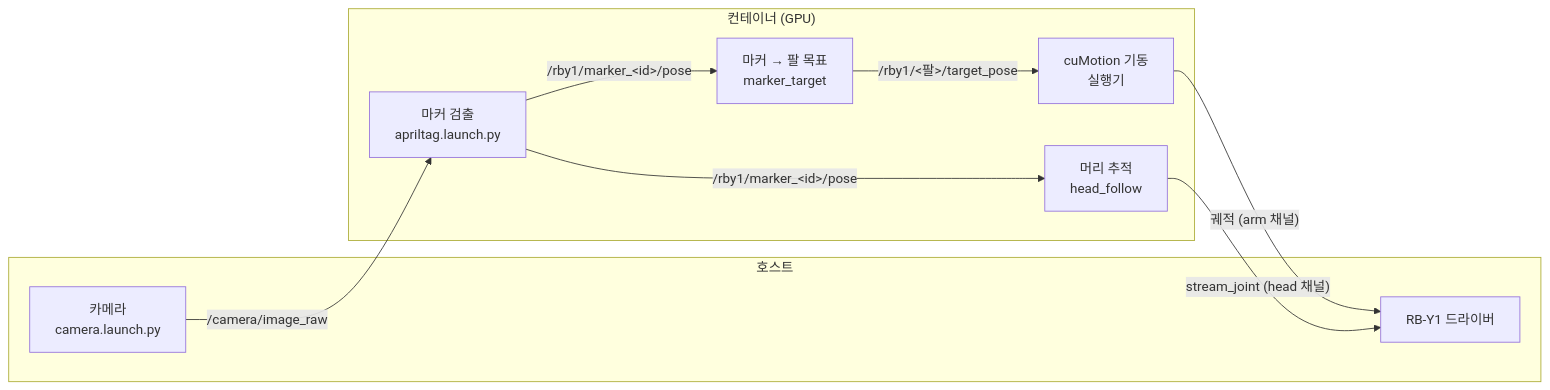
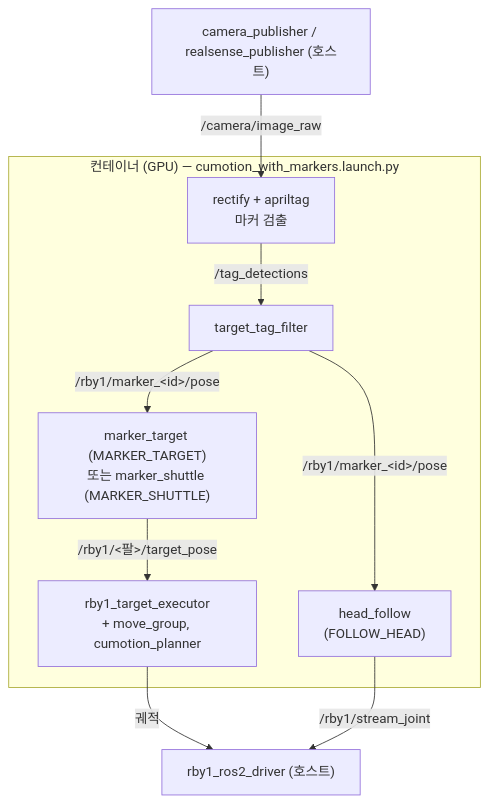
The second of 7 diagrams in docs/tutorial_cumotion.md (JeonSangMin-sw2/rby1_isaac_ros), drawn with Mermaid before and after one commit. The commit also changed other lines of this file and 16 other files, not shown here.

````diff
--- a/docs/tutorial_cumotion.md
+++ b/docs/tutorial_cumotion.md
@@ -587,19 +107,19 @@
 ```mermaid
-flowchart LR
-    subgraph host["호스트"]
-        camera["카메라<br/>camera.launch.py"]
-        driver["RB-Y1 드라이버"]
+flowchart TB
+    camera["camera_publisher / realsense_publisher (호스트)"]
+    subgraph container["컨테이너 (GPU) — cumotion_with_markers.launch.py"]
+        apriltag["rectify + apriltag<br/>마커 검출"]
+        filter["target_tag_filter"]
+        target["marker_target (MARKER_TARGET)<br/>또는 marker_shuttle (MARKER_SHUTTLE)"]
+        head["head_follow<br/>(FOLLOW_HEAD)"]
+        executor["rby1_target_executor<br/>+ move_group, cumotion_planner"]
     end
-    subgraph container["컨테이너 (GPU)"]
-        apriltag["마커 검출<br/>apriltag.launch.py"]
-        target["마커 → 팔 목표<br/>marker_target"]
-        head["머리 추적<br/>head_follow"]
-        cumotion["cuMotion 기동<br/>실행기"]
-    end
+    driver["rby1_ros2_driver (호스트)"]
     camera -->|"/camera/image_raw"| apriltag
-    apriltag -->|"/rby1/marker_&lt;id&gt;/pose"| target
-    apriltag -->|"/rby1/marker_&lt;id&gt;/pose"| head
-    target -->|"/rby1/&lt;팔&gt;/target_pose"| cumotion
-    cumotion -->|"궤적 (arm 채널)"| driver
-    head -->|"stream_joint (head 채널)"| driver
+    apriltag -->|"/tag_detections"| filter
+    filter -->|"/rby1/marker_&lt;id&gt;/pose"| target
+    filter -->|"/rby1/marker_&lt;id&gt;/pose"| head
+    target -->|"/rby1/&lt;팔&gt;/target_pose"| executor
+    executor -->|"궤적"| driver
+    head -->|"/rby1/stream_joint"| driver
 ```
````
